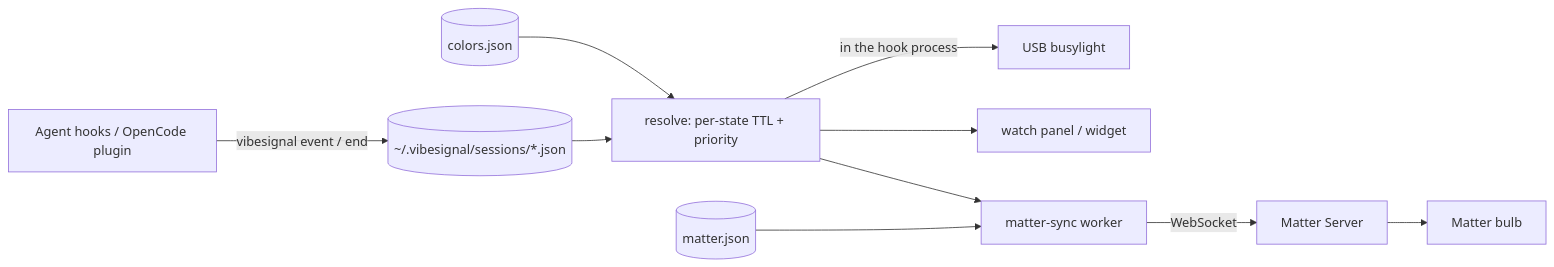
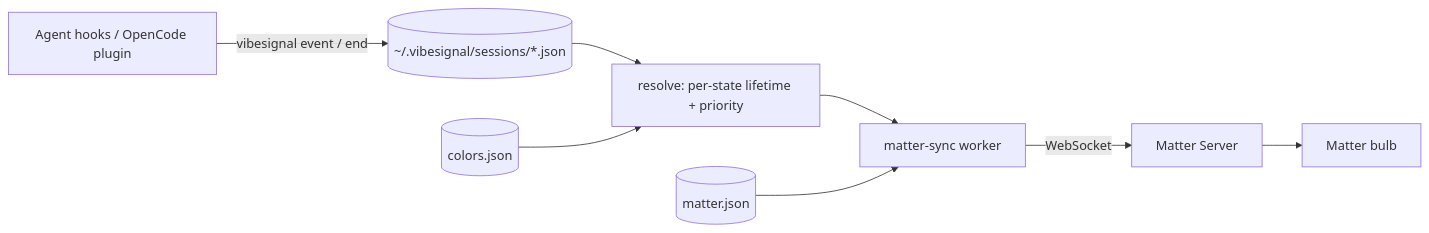
Before and after one commit to noahyoungs/vibesignal: the diagram in README.md, drawn with Mermaid. The commit also changed other lines of this file, not shown here.

````diff
--- a/README.md
+++ b/README.md
@@ -339,10 +276,8 @@
 ```mermaid
 flowchart LR
     H["Agent hooks / OpenCode plugin"] -->|"vibesignal event / end"| S[("~/.vibesignal/sessions/*.json")]
+    S --> R["resolve: per-state lifetime + priority"]
     C[("colors.json")] --> R
-    S --> R["resolve: per-state TTL + priority"]
-    R -->|"in the hook process"| L["USB busylight"]
-    R --> P["watch panel / widget"]
     R --> M["matter-sync worker"] -->|"WebSocket"| MS["Matter Server"] --> B["Matter bulb"]
     MC[("matter.json")] --> M
 ```
````
